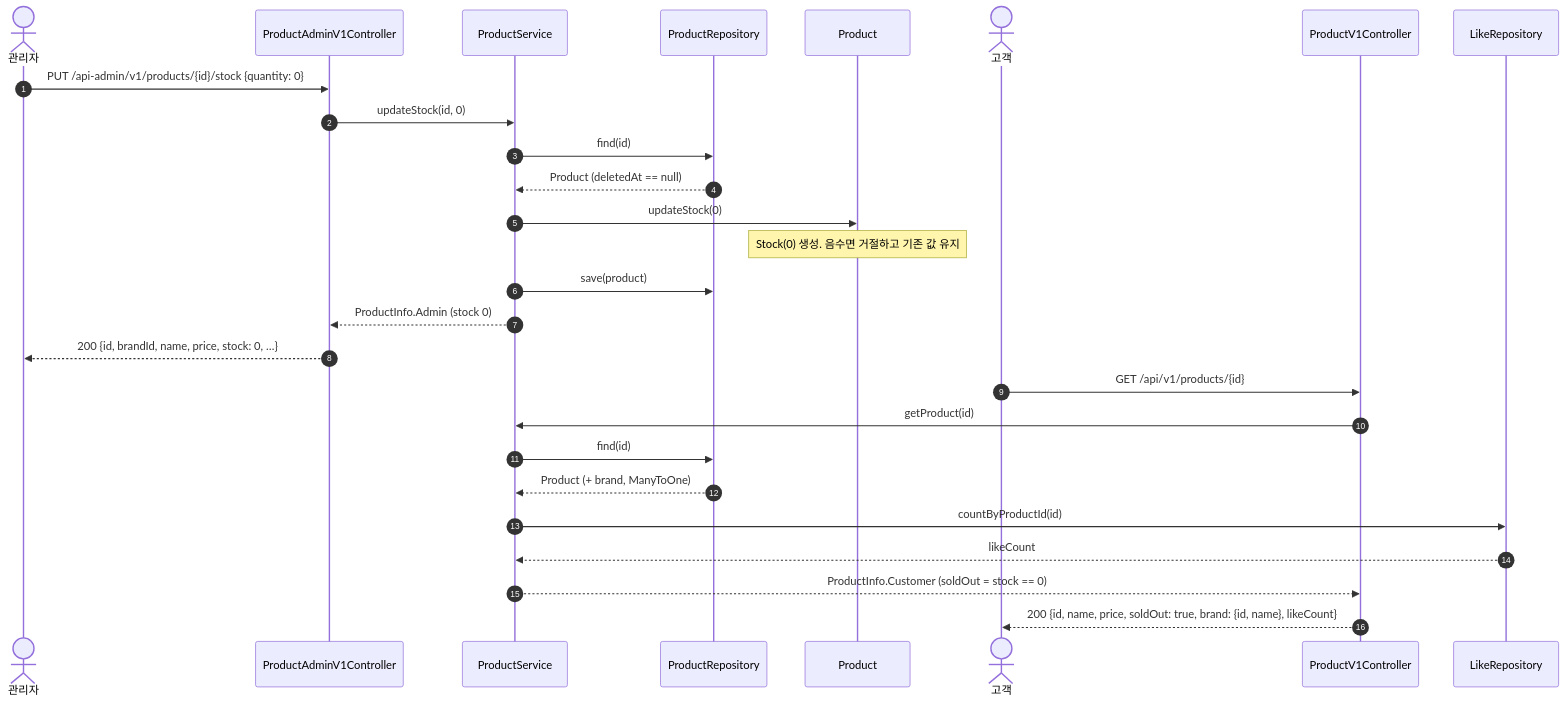
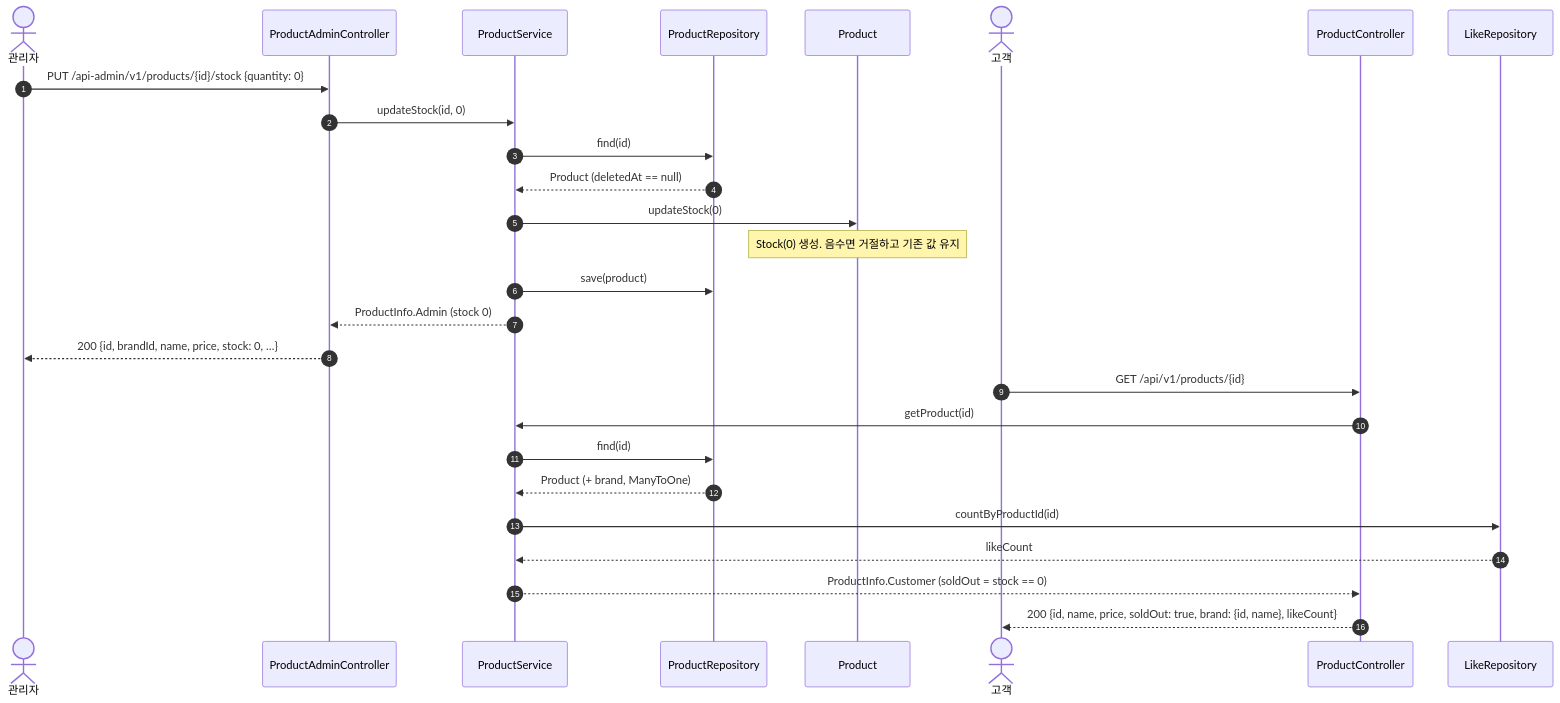
One commit to giwankim/loop-pack-be-l2-vol5-kotlin changed the third of 3 diagrams in docs/design/catalog.md. Above: the diagram before and after it, drawn with Mermaid. The commit also changed other lines of this file and 1 other file, not shown here.

Commit message:
docs(catalog): drop the core exception detail and facade naming leftovers
- application rejections are written as CoreException(ErrorType)
- the Service naming rule states that Facade is not used
- remove the note about the starter Example code
- the product stock sequence diagram uses the unversioned controller names

````diff
--- a/docs/design/catalog.md
+++ b/docs/design/catalog.md
@@ -125,31 +125,31 @@
 ```mermaid
 sequenceDiagram
     autonumber
     actor Admin as 관리자
-    participant AC as ProductAdminV1Controller
+    participant AC as ProductAdminController
     participant PF as ProductService
     participant PR as ProductRepository
     participant P as Product
     actor Customer as 고객
-    participant CC as ProductV1Controller
+    participant CC as ProductController
     participant LR as LikeRepository
 
     Admin->>AC: PUT /api-admin/v1/products/{id}/stock {quantity: 0}
     AC->>PF: updateStock(id, 0)
     PF->>PR: find(id)
     PR-->>PF: Product (deletedAt == null)
     PF->>P: updateStock(0)
     Note over P: Stock(0) 생성. 음수면 거절하고 기존 값 유지
     PF->>PR: save(product)
     PF-->>AC: ProductInfo.Admin (stock 0)
     AC-->>Admin: 200 {id, brandId, name, price, stock: 0, …}
 
     Customer->>CC: GET /api/v1/products/{id}
     CC->>PF: getProduct(id)
     PF->>PR: find(id)
     PR-->>PF: Product (+ brand, ManyToOne)
     PF->>LR: countByProductId(id)
     LR-->>PF: likeCount
     PF-->>CC: ProductInfo.Customer (soldOut = stock == 0)
     CC-->>Customer: 200 {id, name, price, soldOut: true, brand: {id, name}, likeCount}
 ```
````
